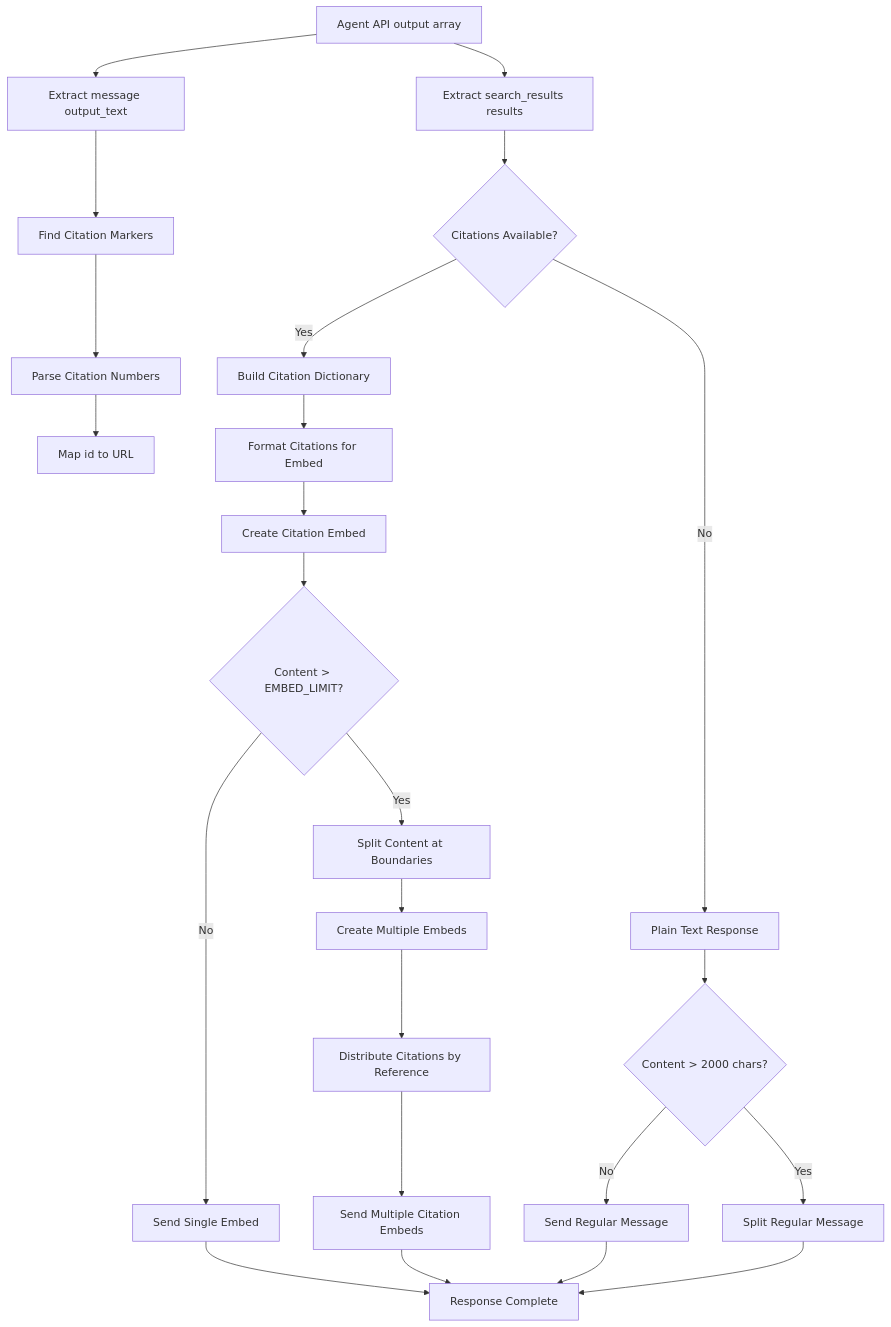
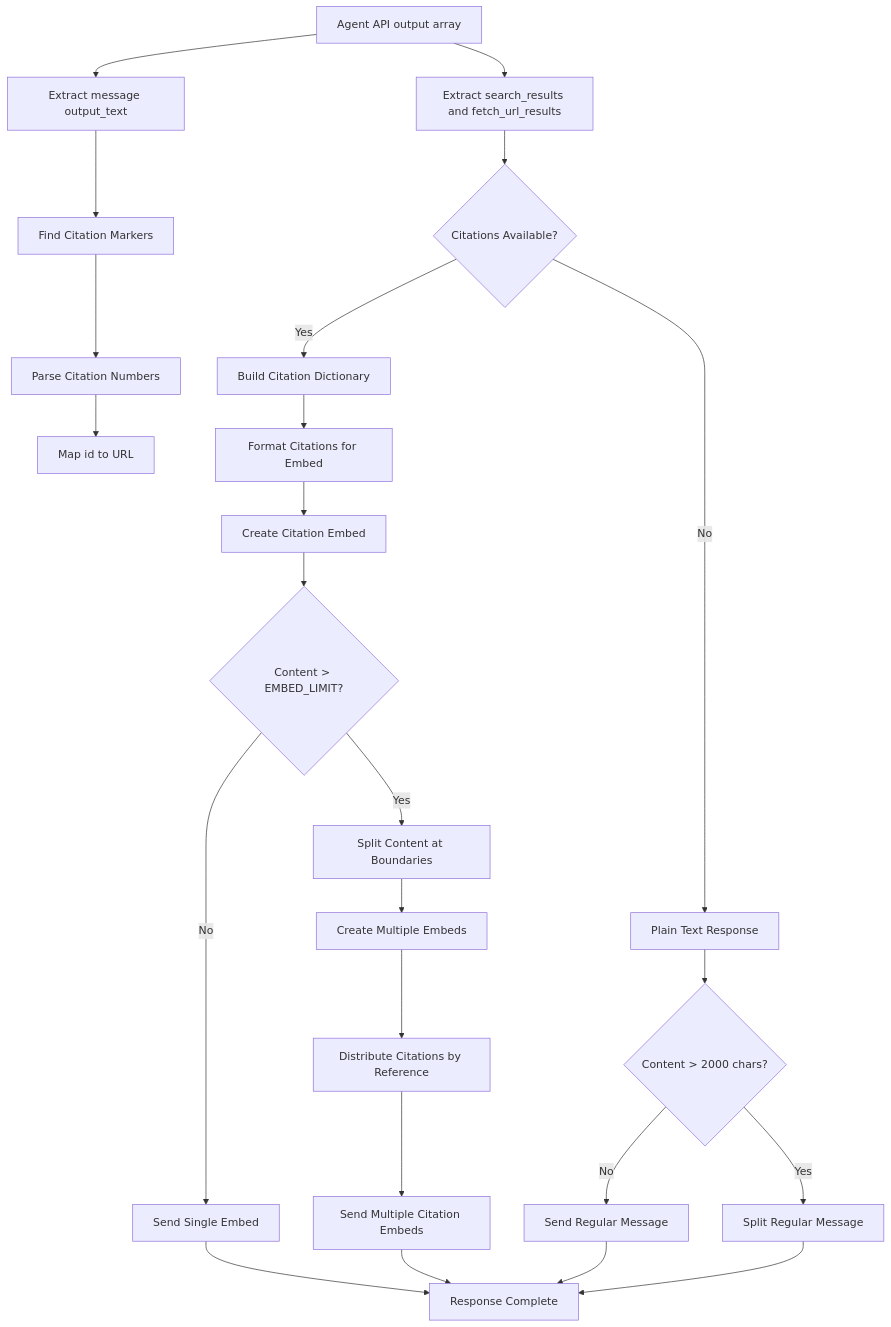
Before and after one commit to johndotpub/DiscordianAI: the diagram in docs/Perplexity.md, drawn with Mermaid. The commit also changed other lines of this file and 51 other files, not shown here.

````diff
--- a/docs/Perplexity.md
+++ b/docs/Perplexity.md
@@ -120,32 +121,32 @@
 ```mermaid
 flowchart TD
     A[Agent API output array] --> B[Extract message output_text]
-    A --> D[Extract search_results results]
+    A --> D[Extract search_results and fetch_url_results]
     
     B --> E[Find Citation Markers]
     E --> F[Parse Citation Numbers]
     F --> G[Map id to URL]
     
     D --> H{Citations Available?}
     H -->|Yes| I[Build Citation Dictionary]
     H -->|No| J[Plain Text Response]
     
     I --> K[Format Citations for Embed]
     K --> L[Create Citation Embed]
     L --> M{Content > EMBED_LIMIT?}
     
     M -->|No| N[Send Single Embed]
     M -->|Yes| O[Split Content at Boundaries]
     O --> P[Create Multiple Embeds]
     P --> Q[Distribute Citations by Reference]
     Q --> R[Send Multiple Citation Embeds]
     
     J --> S{Content > 2000 chars?}
     S -->|No| T[Send Regular Message]
     S -->|Yes| U[Split Regular Message]
     
     N --> V[Response Complete]
     R --> V
     T --> V
     U --> V
 ```
````
